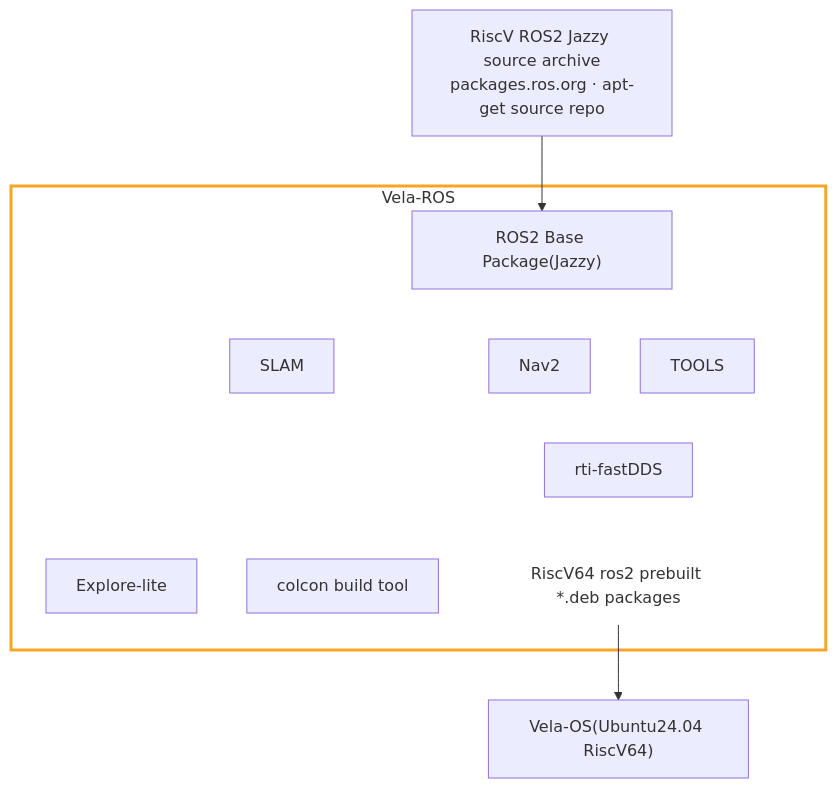
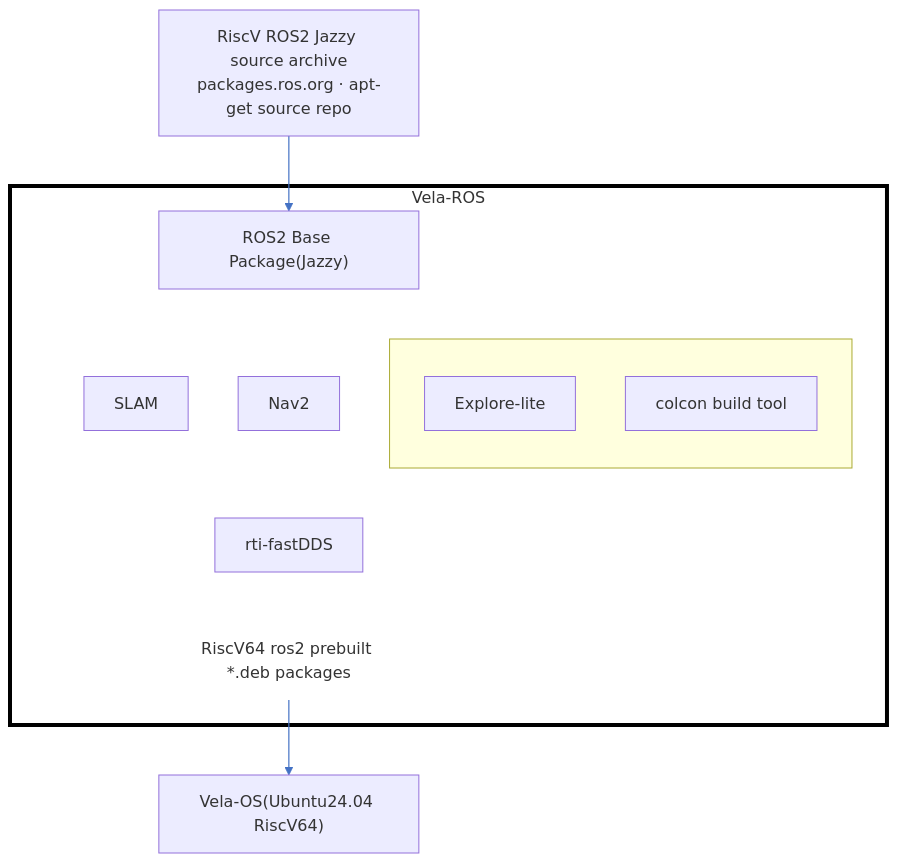
Before and after one commit to riscv-vela/vela-ros: the diagram in vela-ros-architecture.md, drawn with Mermaid.

Commit message:
Fix flowchart formatting and styles in documentation
Updated the flowchart styling and corrected formatting in the Vela-ROS architecture documentation.

````diff
--- a/vela-ros-architecture.md
+++ b/vela-ros-architecture.md
@@ -5,31 +5,35 @@
 ```mermaid
 flowchart TB
-    SRC["RiscV ROS2 Jazzy source archive<br/>packages.ros.org · apt-get source repo"]
+    SRC["RiscV ROS2 Jazzy source archive
+packages.ros.org · apt-get source repo"]
 
     subgraph VELAROS["Vela-ROS"]
         BASE["ROS2 Base Package(Jazzy)"]
         SLAM["SLAM"]
         NAV2["Nav2"]
-        EXPLORE["Explore-lite"]
-        COLCON["colcon build tool"]
-       
+        subgraph TOOLS[" "]
+            direction TB
+            EXPLORE["Explore-lite"]
+            COLCON["colcon build tool"]
+        end
         DDS["rti-fastDDS"]
         DEBS["RiscV64 ros2 prebuilt *.deb packages"]
 
         BASE ~~~ SLAM
         BASE ~~~ NAV2
         BASE ~~~ TOOLS
         SLAM ~~~ DDS
         NAV2 ~~~ DDS
         TOOLS ~~~ DDS
         DDS ~~~ DEBS
     end
 
     ENV["Vela-OS(Ubuntu24.04 RiscV64)"]
 
     SRC --> BASE
     DEBS --> ENV
 
-    style VELAROS fill:none,stroke:#F5A623,stroke-width:3px
+    style VELAROS fill:none,stroke:#000000,stroke-width:4px
     style DEBS fill:none,stroke:none
+    linkStyle 7,8 stroke:#4472C4,stroke-width:1.2px
 ```
````
